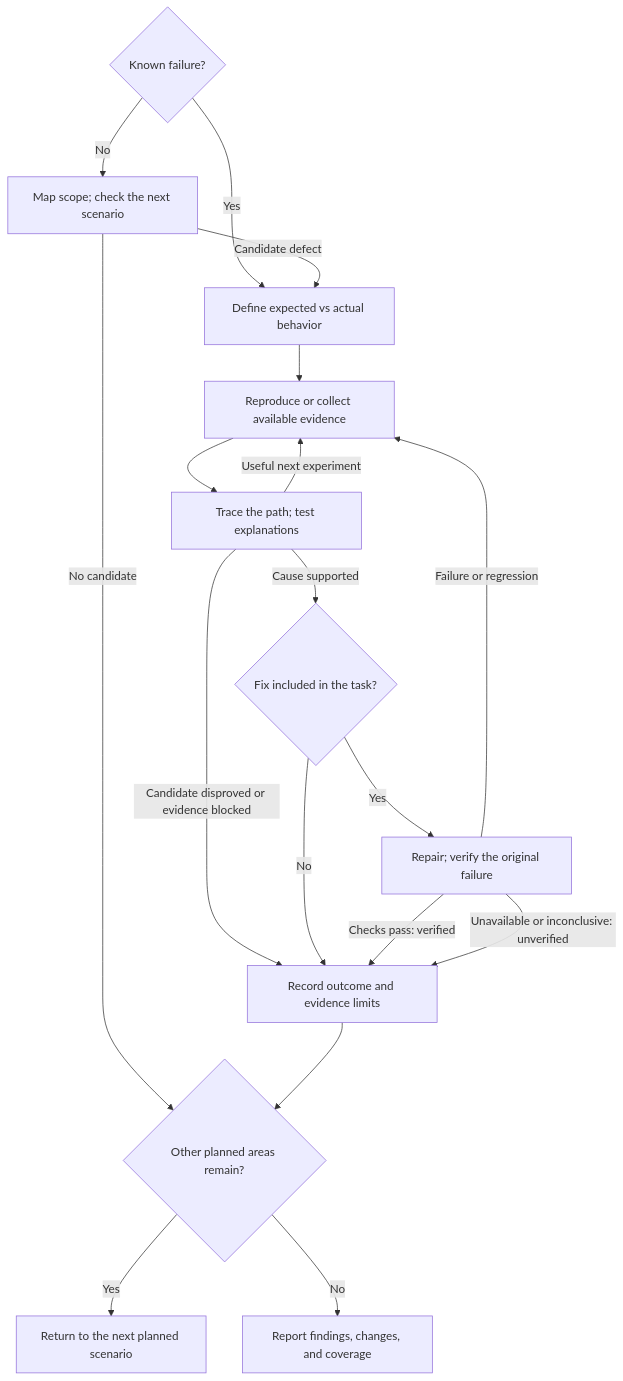
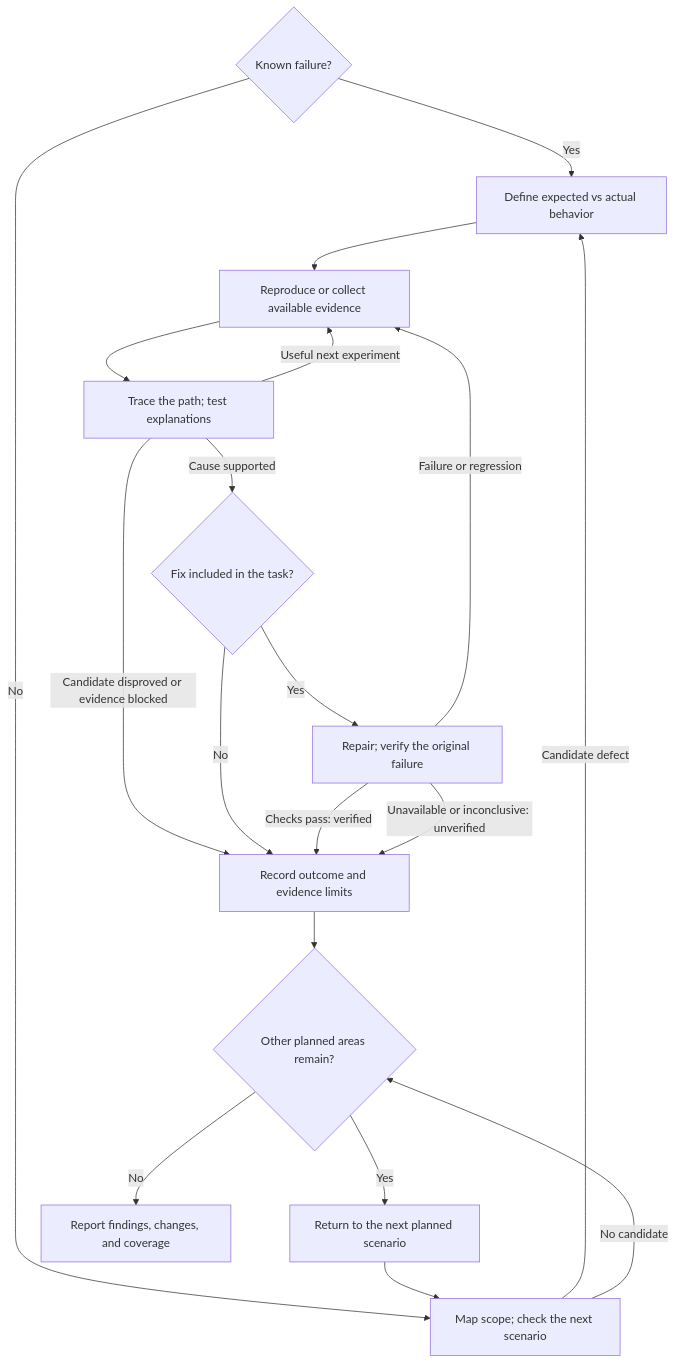
Before and after one commit to joshwoods/josh-skills: the diagram in README.md, drawn with Mermaid. The commit also changed other lines of this file and 7 other files, not shown here.

````diff
--- a/README.md
+++ b/README.md
@@ -17,21 +31,22 @@
 ```mermaid
 flowchart TD
     A{"Known failure?"}
     A -->|Yes| D["Define expected vs actual behavior"]
     A -->|No| S["Map scope; check the next scenario"]
     S -->|Candidate defect| D
     S -->|No candidate| M{"Other planned areas remain?"}
     D --> E["Reproduce or collect available evidence"]
     E --> H["Trace the path; test explanations"]
     H -->|Useful next experiment| E
     H -->|Cause supported| F{"Fix included in the task?"}
     H -->|Candidate disproved or evidence blocked| O["Record outcome and evidence limits"]
     F -->|No| O
     F -->|Yes| R["Repair; verify the original failure"]
     R -->|Failure or regression| E
     R -->|Checks pass: verified| O
     R -->|Unavailable or inconclusive: unverified| O
     O --> M
     M -->|Yes| N["Return to the next planned scenario"]
+    N --> S
     M -->|No| Z["Report findings, changes, and coverage"]
 ```
````
